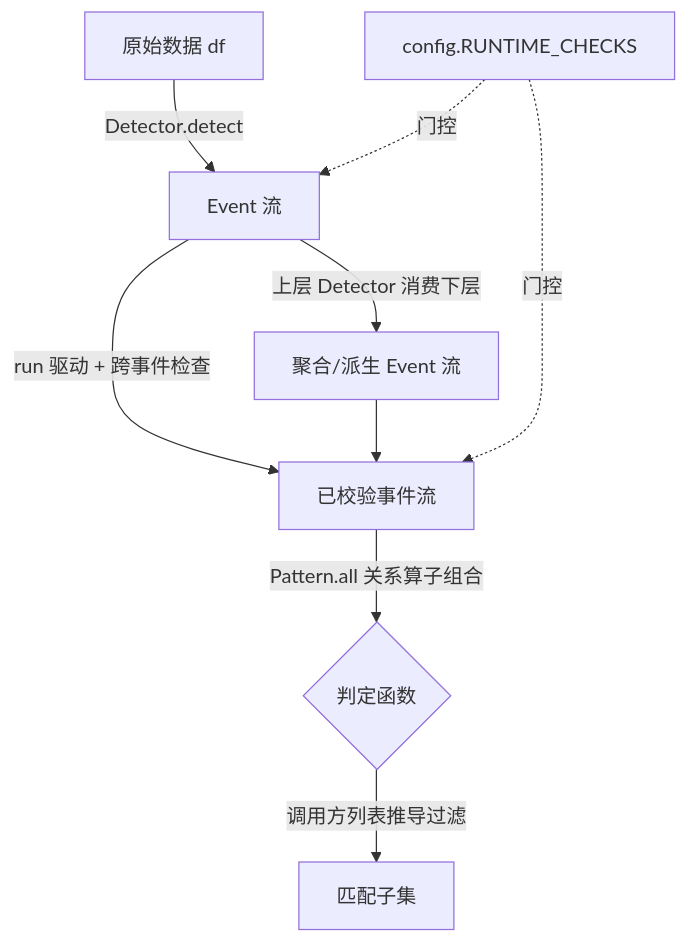
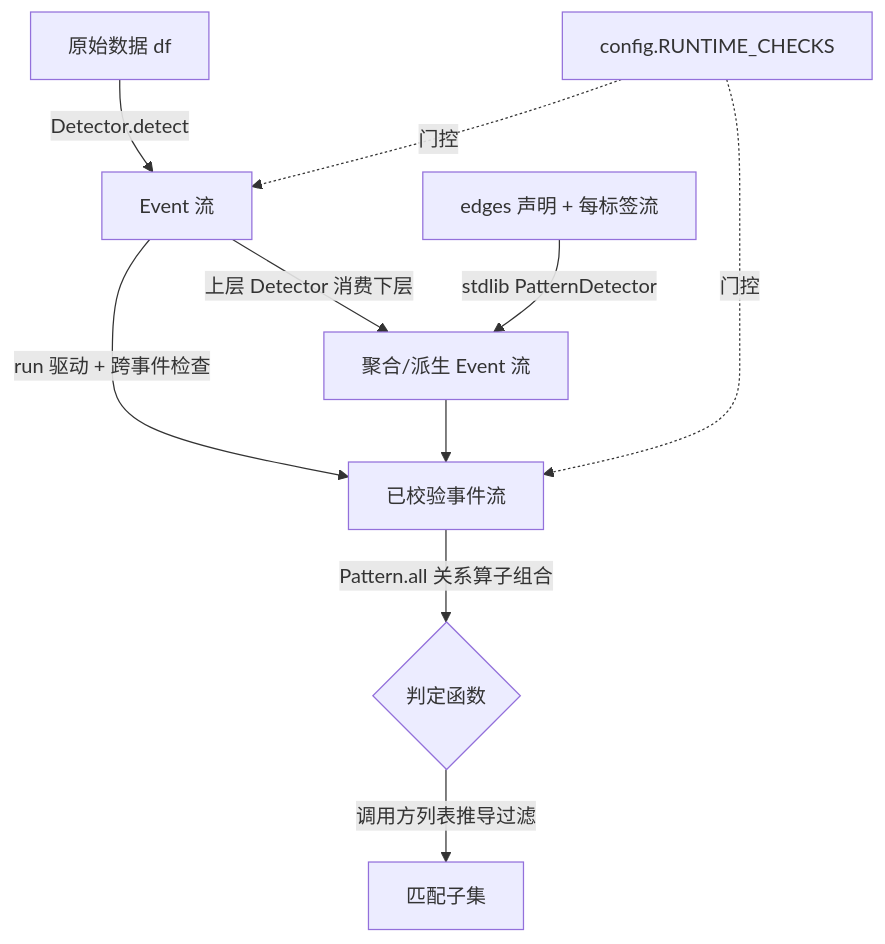
Before and after one commit to ufgtb24/Trade_Strategy: the diagram in .claude/docs/modules/path2.md, drawn with Mermaid. The commit also changed other lines of this file, not shown here.

First line of the commit message:
docs(ai-context): path2 模块加 stdlib 层架构意图(update-ai-context)

````diff
--- a/.claude/docs/modules/path2.md
+++ b/.claude/docs/modules/path2.md
@@ -22,11 +23,12 @@
 ```mermaid
 flowchart TD
     df[原始数据 df] -->|Detector.detect| L1[Event 流]
     L1 -->|run 驱动 + 跨事件检查| S[已校验事件流]
     L1 -->|上层 Detector 消费下层| L2[聚合/派生 Event 流]
     L2 --> S
+    decl[edges 声明 + 每标签流] -->|stdlib PatternDetector| L2
     S -->|Pattern.all 关系算子组合| P{判定函数}
     P -->|调用方列表推导过滤| M[匹配子集]
     cfg[config.RUNTIME_CHECKS] -.门控.-> L1
     cfg -.门控.-> S
 ```
````
